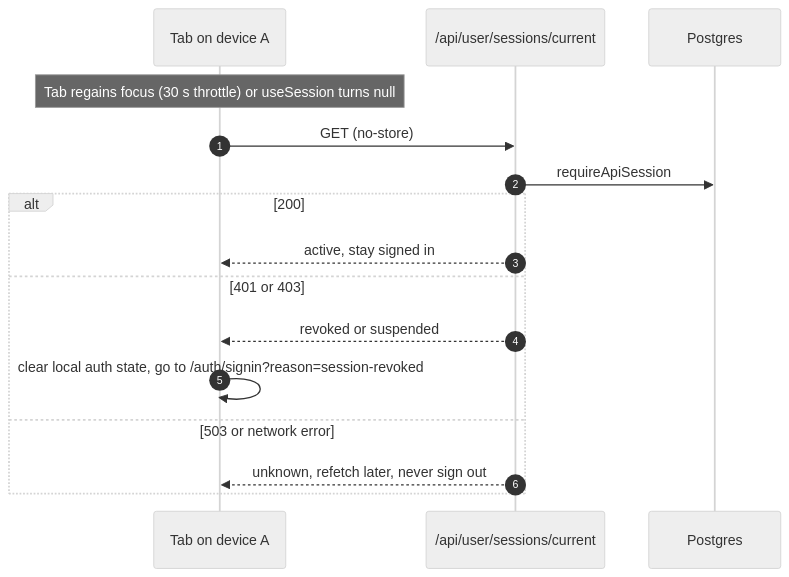
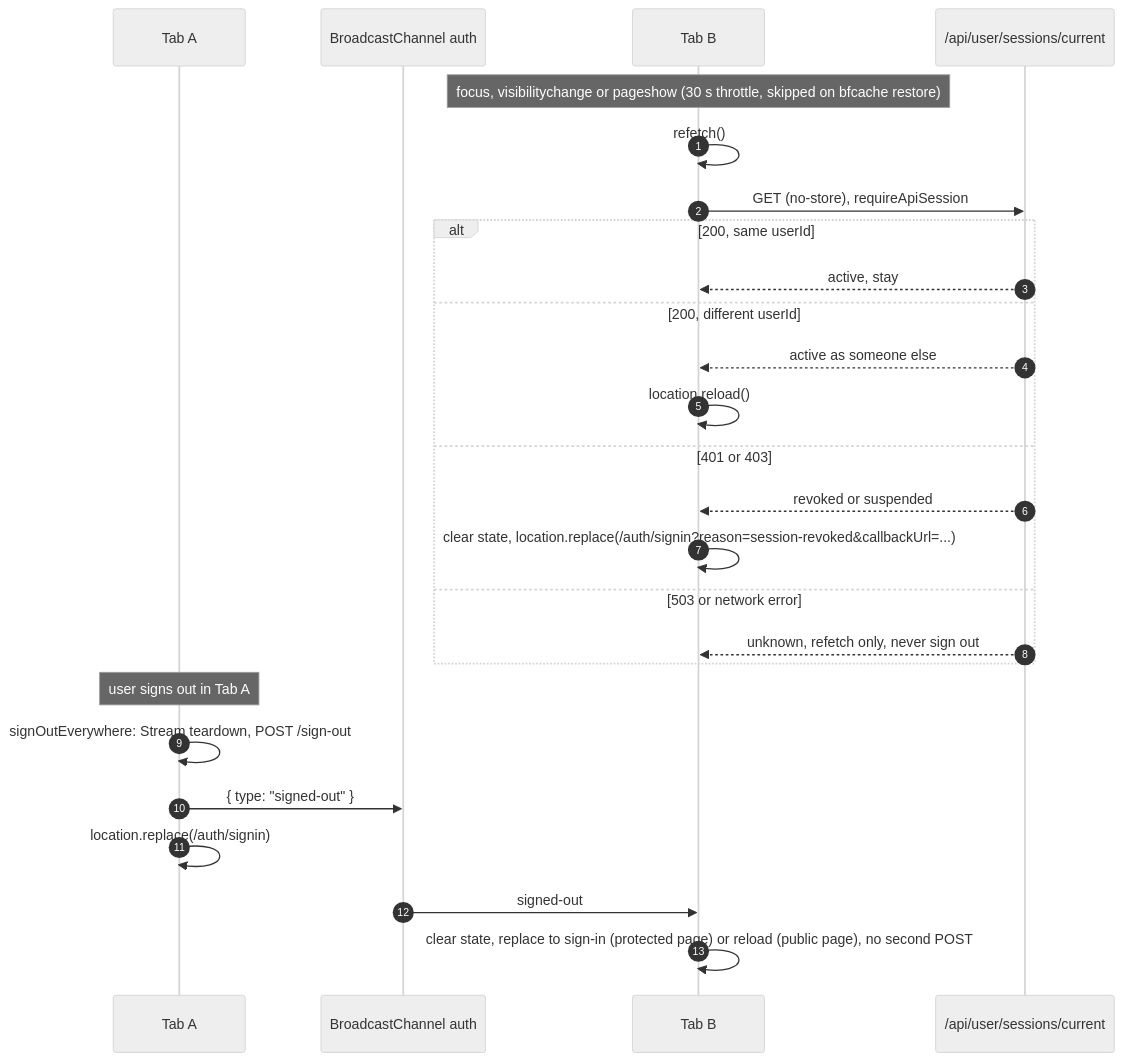
Before and after one commit to Practitionist/familiarise_web: diagram 11 of 12 in docs/authentication/architecture.md, drawn with Mermaid (neutral theme). The commit also changed other lines of this file and 533 other files, not shown here.

````diff
--- a/docs/authentication/architecture.md
+++ b/docs/authentication/architecture.md
@@ -308,19 +577,29 @@
 ```mermaid
 sequenceDiagram
   autonumber
-  participant T as Tab on device A
+  participant A as Tab A
+  participant BC as BroadcastChannel auth
+  participant T as Tab B
   participant P as /api/user/sessions/current
-  participant DB as Postgres
 
-  Note over T: Tab regains focus (30 s throttle) or useSession turns null
-  T->>P: GET (no-store)
-  P->>DB: requireApiSession
-  alt 200
-    P-->>T: active, stay signed in
+  Note over T: focus, visibilitychange or pageshow (30 s throttle, skipped on bfcache restore)
+  T->>T: refetch()
+  T->>P: GET (no-store), requireApiSession
+  alt 200, same userId
+    P-->>T: active, stay
+  else 200, different userId
+    P-->>T: active as someone else
+    T->>T: location.reload()
   else 401 or 403
     P-->>T: revoked or suspended
-    T->>T: clear local auth state, go to /auth/signin?reason=session-revoked
+    T->>T: clear state, location.replace(/auth/signin?reason=session-revoked&callbackUrl=...)
   else 503 or network error
-    P-->>T: unknown, refetch later, never sign out
+    P-->>T: unknown, refetch only, never sign out
   end
+  Note over A: user signs out in Tab A
+  A->>A: signOutEverywhere: Stream teardown, POST /sign-out
+  A->>BC: { type: "signed-out" }
+  A->>A: location.replace(/auth/signin)
+  BC->>T: signed-out
+  T->>T: clear state, replace to sign-in (protected page) or reload (public page), no second POST
 ```
````
